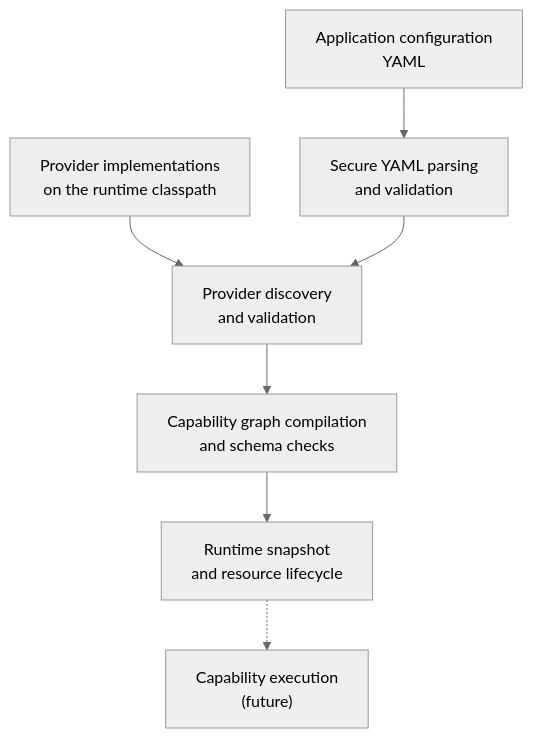
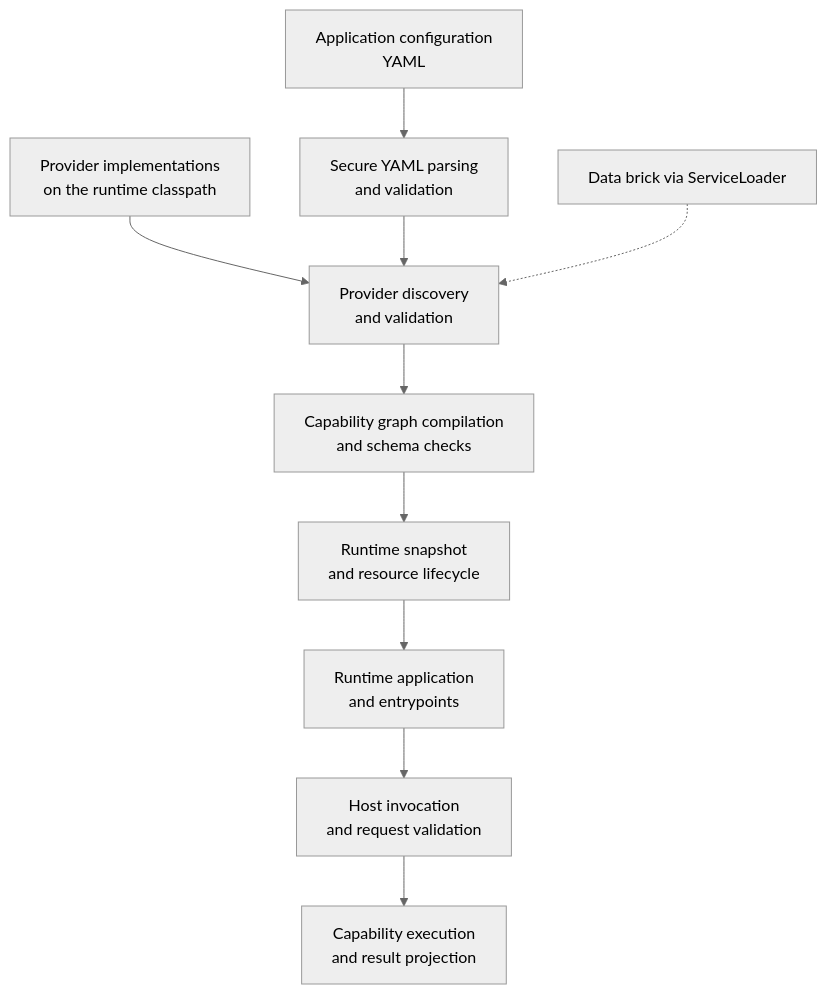
The second of 2 diagrams in README.md (Hogwai/heron-forge), drawn with Mermaid (neutral theme) before and after one commit. The commit also changed other lines of this file, not shown here.

````diff
--- a/README.md
+++ b/README.md
@@ -35,9 +46,12 @@
 ```mermaid
 flowchart TD
     configStage["Application configuration<br/>YAML"] --> parseStage["Secure YAML parsing<br/>and validation"]
     providerInput["Provider implementations<br/>on the runtime classpath"] --> providerStage["Provider discovery<br/>and validation"]
     parseStage --> providerStage
     providerStage --> graphStage["Capability graph compilation<br/>and schema checks"]
     graphStage --> snapshotStage["Runtime snapshot<br/>and resource lifecycle"]
-    snapshotStage -.-> executionStage["Capability execution<br/>(future)"]
+    snapshotStage --> applicationStage["Runtime application<br/>and entrypoints"]
+    applicationStage --> invocationStage["Host invocation<br/>and request validation"]
+    invocationStage --> executionStage["Capability execution<br/>and result projection"]
+    dataInput["Data brick via ServiceLoader"] -.-> providerStage
 ```
````
